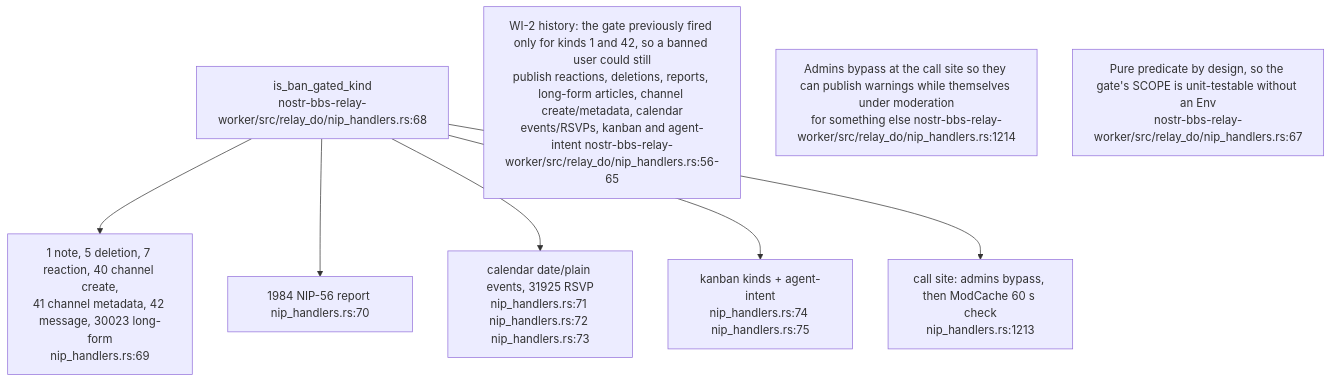
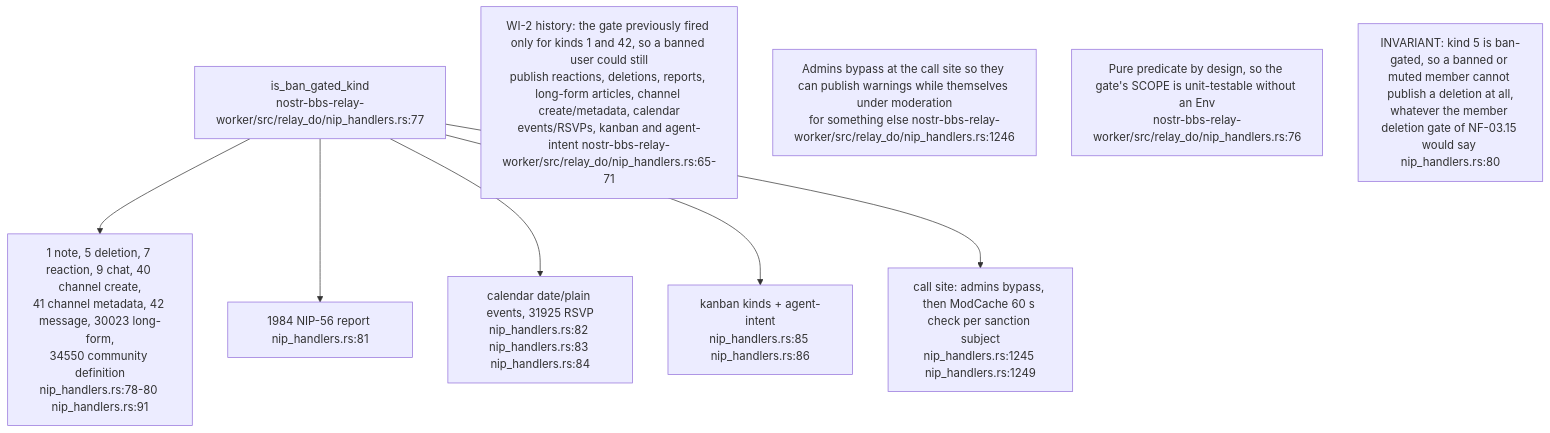
The sixth of 16 diagrams in docs/diagrams/nostr-rust-forum/03-relay-worker-admission-auth-and-trust.md (DreamLab-AI/VisionFlow), drawn with Mermaid before and after one commit. The commit also changed other lines of this file, not shown here.

First line of the commit message:
docs(diagrams): re-verify NF-03 against nostr-rust-forum af4f0d5

````diff
--- a/docs/diagrams/nostr-rust-forum/03-relay-worker-admission-auth-and-trust.md
+++ b/docs/diagrams/nostr-rust-forum/03-relay-worker-admission-auth-and-trust.md
@@ -183,16 +201,17 @@
 ```mermaid
 flowchart TB
-    GATE["is_ban_gated_kind<br/>nostr-bbs-relay-worker/src/relay_do/nip_handlers.rs:68"]
-    LIT["1 note, 5 deletion, 7 reaction, 40 channel create,<br/>41 channel metadata, 42 message, 30023 long-form<br/>nip_handlers.rs:69"]
-    REP["1984 NIP-56 report nip_handlers.rs:70"]
-    CAL["calendar date/plain events, 31925 RSVP<br/>nip_handlers.rs:71 nip_handlers.rs:72 nip_handlers.rs:73"]
-    KAN["kanban kinds + agent-intent<br/>nip_handlers.rs:74 nip_handlers.rs:75"]
-    CALL["call site: admins bypass, then ModCache 60 s check<br/>nip_handlers.rs:1213"]
+    GATE["is_ban_gated_kind<br/>nostr-bbs-relay-worker/src/relay_do/nip_handlers.rs:77"]
+    LIT["1 note, 5 deletion, 7 reaction, 9 chat, 40 channel create,<br/>41 channel metadata, 42 message, 30023 long-form,<br/>34550 community definition<br/>nip_handlers.rs:78-80 nip_handlers.rs:91"]
+    REP["1984 NIP-56 report nip_handlers.rs:81"]
+    CAL["calendar date/plain events, 31925 RSVP<br/>nip_handlers.rs:82 nip_handlers.rs:83 nip_handlers.rs:84"]
+    KAN["kanban kinds + agent-intent<br/>nip_handlers.rs:85 nip_handlers.rs:86"]
+    CALL["call site: admins bypass, then ModCache 60 s check per sanction subject<br/>nip_handlers.rs:1245 nip_handlers.rs:1249"]
 
     GATE --> LIT & REP & CAL & KAN
     GATE --> CALL
 
-    N1["WI-2 history: the gate previously fired only for kinds 1 and 42, so a banned user could still<br/>publish reactions, deletions, reports, long-form articles, channel create/metadata, calendar<br/>events/RSVPs, kanban and agent-intent nostr-bbs-relay-worker/src/relay_do/nip_handlers.rs:56-65"]
-    N2["Admins bypass at the call site so they can publish warnings while themselves under moderation<br/>for something else nostr-bbs-relay-worker/src/relay_do/nip_handlers.rs:1214"]
-    N3["Pure predicate by design, so the gate's SCOPE is unit-testable without an Env<br/>nostr-bbs-relay-worker/src/relay_do/nip_handlers.rs:67"]
+    N1["WI-2 history: the gate previously fired only for kinds 1 and 42, so a banned user could still<br/>publish reactions, deletions, reports, long-form articles, channel create/metadata, calendar<br/>events/RSVPs, kanban and agent-intent nostr-bbs-relay-worker/src/relay_do/nip_handlers.rs:65-71"]
+    N2["Admins bypass at the call site so they can publish warnings while themselves under moderation<br/>for something else nostr-bbs-relay-worker/src/relay_do/nip_handlers.rs:1246"]
+    N3["Pure predicate by design, so the gate's SCOPE is unit-testable without an Env<br/>nostr-bbs-relay-worker/src/relay_do/nip_handlers.rs:76"]
+    N4["INVARIANT: kind 5 is ban-gated, so a banned or muted member cannot publish a deletion at all,<br/>whatever the member deletion gate of NF-03.15 would say nip_handlers.rs:80"]
 ```
````
